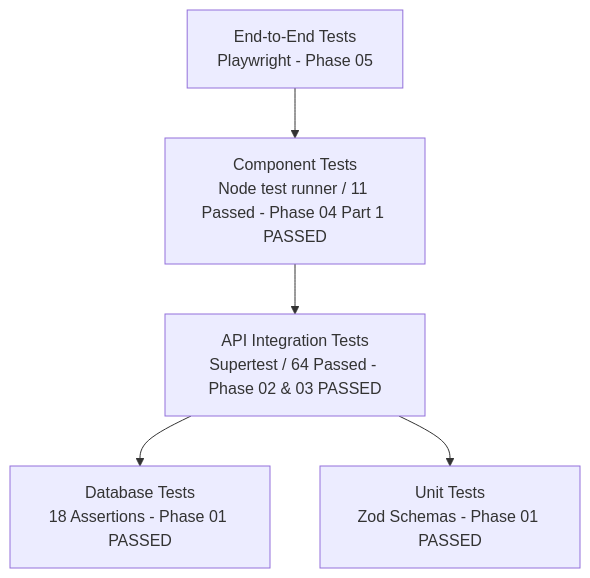
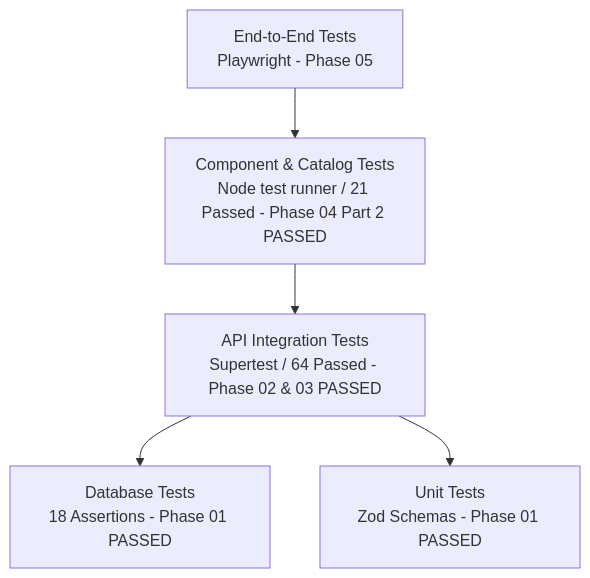
Before and after one commit to ragnarStark79/AnimeManager: the diagram in docs/test-report.md, drawn with Mermaid. The commit also changed other lines of this file and 27 other files, not shown here.

Commit message:
feat: improve interactive catalog UI (Phase 04 Part 2)

````diff
--- a/docs/test-report.md
+++ b/docs/test-report.md
@@ -286,13 +326,13 @@
 ```mermaid
 graph TD
     E2E[End-to-End Tests<br/>Playwright - Phase 05]
-    Comp[Component Tests<br/>Node test runner / 11 Passed - Phase 04 Part 1 PASSED]
+    Comp[Component & Catalog Tests<br/>Node test runner / 21 Passed - Phase 04 Part 2 PASSED]
     Int[API Integration Tests<br/>Supertest / 64 Passed - Phase 02 & 03 PASSED]
     DB[Database Tests<br/>18 Assertions - Phase 01 PASSED]
     Unit[Unit Tests<br/>Zod Schemas - Phase 01 PASSED]
 
     E2E --> Comp
     Comp --> Int
     Int --> DB
     Int --> Unit
 ```
````
